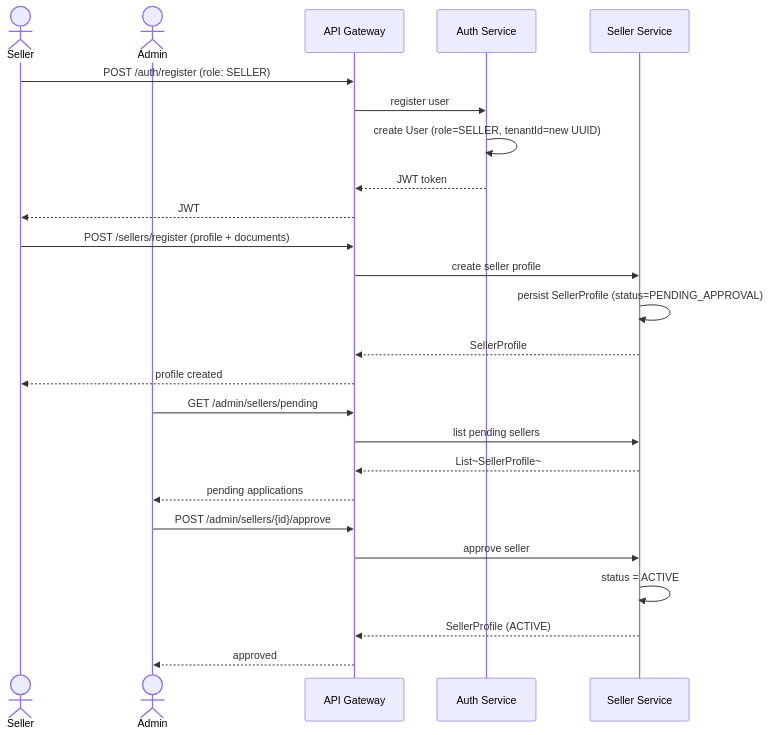
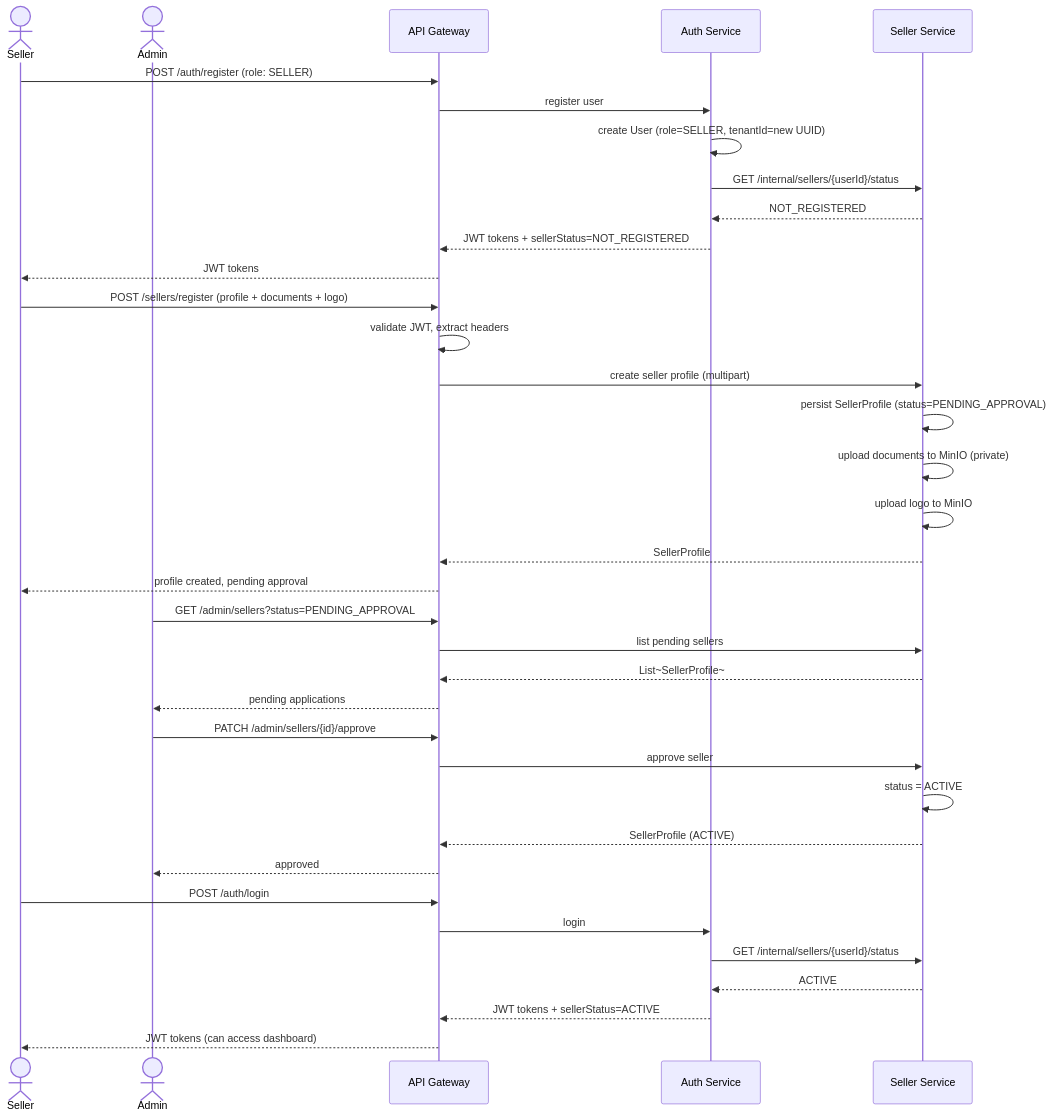
Before and after one commit to stefann5/marketplace: the diagram in diagrams/sequences/seller-registration-approval.md, drawn with Mermaid. The commit also changed 5 other files, not shown here.

Commit message:
update diagrams and readme for seller service changes

````diff
--- a/diagrams/sequences/seller-registration-approval.md
+++ b/diagrams/sequences/seller-registration-approval.md
@@ -3,31 +3,43 @@
 ```mermaid
 sequenceDiagram
     actor Seller
     actor Admin
     participant GW as API Gateway
     participant AS as Auth Service
     participant SS as Seller Service
 
     Seller->>GW: POST /auth/register (role: SELLER)
     GW->>AS: register user
     AS->>AS: create User (role=SELLER, tenantId=new UUID)
-    AS-->>GW: JWT token
-    GW-->>Seller: JWT
+    AS->>SS: GET /internal/sellers/{userId}/status
+    SS-->>AS: NOT_REGISTERED
+    AS-->>GW: JWT tokens + sellerStatus=NOT_REGISTERED
+    GW-->>Seller: JWT tokens
 
-    Seller->>GW: POST /sellers/register (profile + documents)
-    GW->>SS: create seller profile
+    Seller->>GW: POST /sellers/register (profile + documents + logo)
+    GW->>GW: validate JWT, extract headers
+    GW->>SS: create seller profile (multipart)
     SS->>SS: persist SellerProfile (status=PENDING_APPROVAL)
+    SS->>SS: upload documents to MinIO (private)
+    SS->>SS: upload logo to MinIO
     SS-->>GW: SellerProfile
-    GW-->>Seller: profile created
+    GW-->>Seller: profile created, pending approval
 
-    Admin->>GW: GET /admin/sellers/pending
+    Admin->>GW: GET /admin/sellers?status=PENDING_APPROVAL
     GW->>SS: list pending sellers
     SS-->>GW: List~SellerProfile~
     GW-->>Admin: pending applications
 
-    Admin->>GW: POST /admin/sellers/{id}/approve
+    Admin->>GW: PATCH /admin/sellers/{id}/approve
     GW->>SS: approve seller
     SS->>SS: status = ACTIVE
     SS-->>GW: SellerProfile (ACTIVE)
     GW-->>Admin: approved
+
+    Seller->>GW: POST /auth/login
+    GW->>AS: login
+    AS->>SS: GET /internal/sellers/{userId}/status
+    SS-->>AS: ACTIVE
+    AS-->>GW: JWT tokens + sellerStatus=ACTIVE
+    GW-->>Seller: JWT tokens (can access dashboard)
 ```
````
